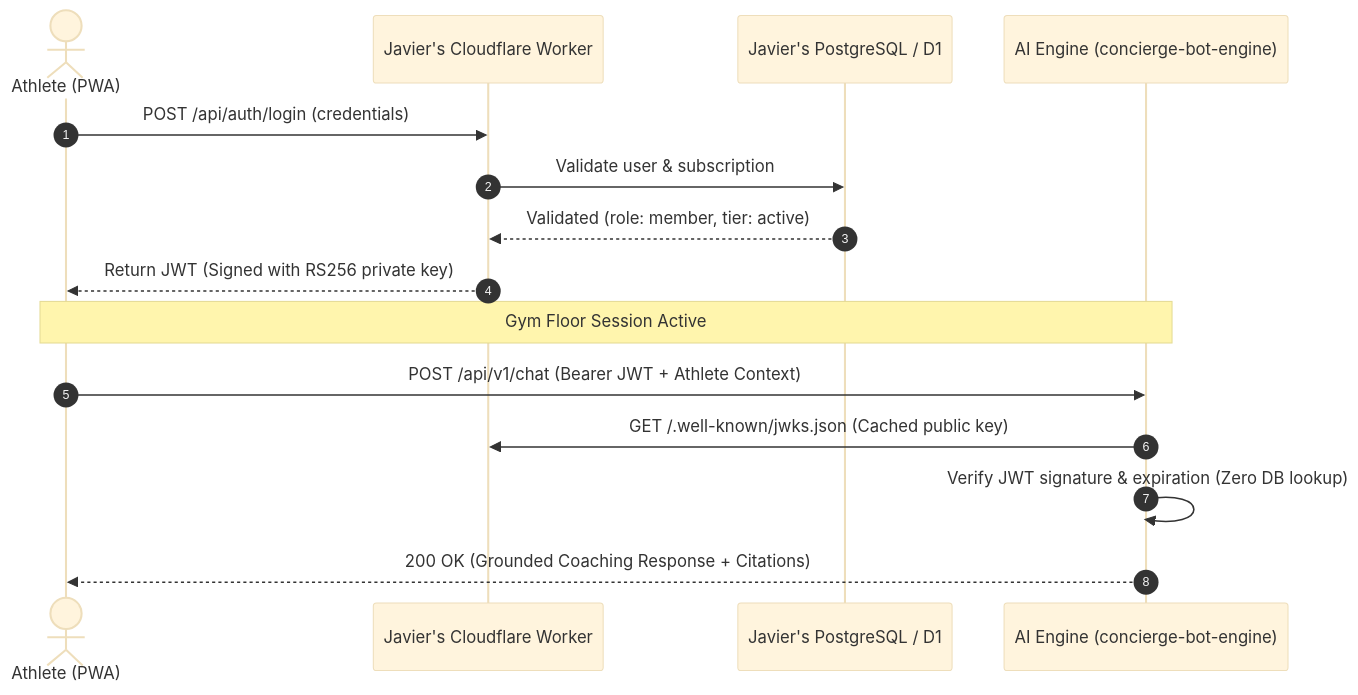
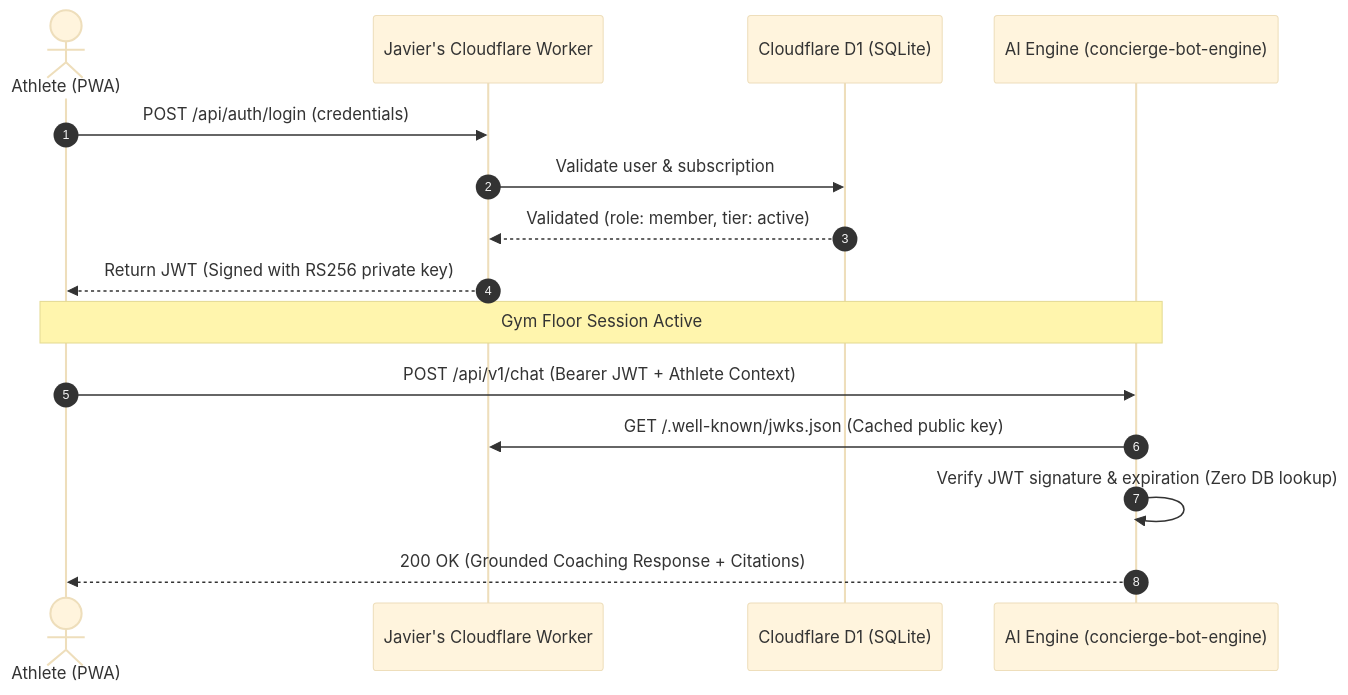
Before and after one commit to Bulachak/small-goods-gym: the second of 2 diagrams in docs/09-javier-hardware-and-ai-integration-guide.md, drawn with Mermaid (base theme). The commit also changed 14 other files, not shown here.

````diff
--- a/docs/09-javier-hardware-and-ai-integration-guide.md
+++ b/docs/09-javier-hardware-and-ai-integration-guide.md
@@ -79,19 +79,19 @@
 ```mermaid
 sequenceDiagram
     autonumber
     actor Athlete as Athlete (PWA)
     participant CF as Javier's Cloudflare Worker
-    participant DB as Javier's PostgreSQL / D1
+    participant DB as Cloudflare D1 (SQLite)
     participant AI as AI Engine (concierge-bot-engine)
 
     Athlete->>CF: POST /api/auth/login (credentials)
     CF->>DB: Validate user & subscription
     DB-->>CF: Validated (role: member, tier: active)
     CF-->>Athlete: Return JWT (Signed with RS256 private key)
 
     Note over Athlete,AI: Gym Floor Session Active
     Athlete->>AI: POST /api/v1/chat (Bearer JWT + Athlete Context)
     AI->>CF: GET /.well-known/jwks.json (Cached public key)
     AI->>AI: Verify JWT signature & expiration (Zero DB lookup)
     AI-->>Athlete: 200 OK (Grounded Coaching Response + Citations)
 ```
````
